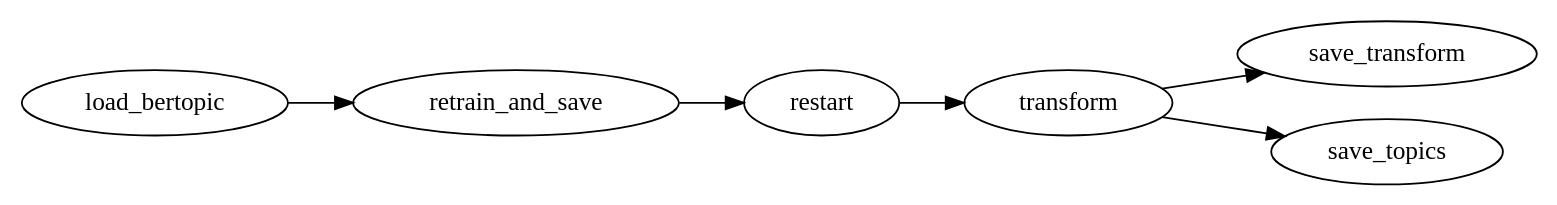
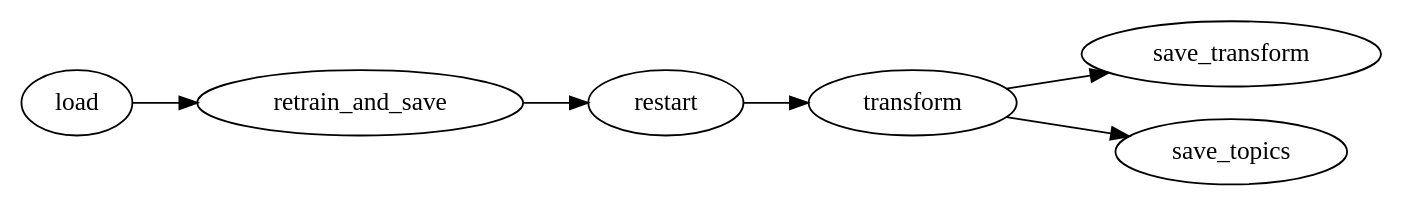
The diagram in dag-tasks/bertopic_retrain.dot (LBONTEN/Analysis-ML2Grow), drawn with Graphviz before and after one commit. The commit also changed 10 other files, not shown here.

```diff
--- a/dag-tasks/bertopic_retrain.dot
+++ b/dag-tasks/bertopic_retrain.dot
@@ -1,8 +1,8 @@
 digraph {
     rankdir=LR
 
-    load_bertopic -> retrain_and_save
+    load -> retrain_and_save
     retrain_and_save -> restart
     restart -> transform
-    transform -> {save_transform, save_topics}
+    transform -> save_transform, save_topics
 }
```
